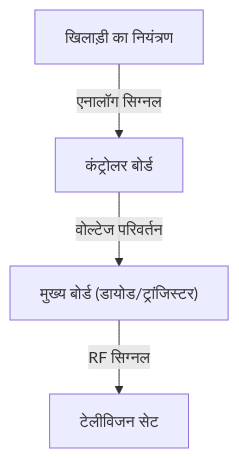
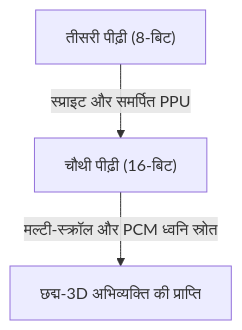
One commit to kenjinote/blog changed the first of 2 diagrams in content/post/history-of-video-game-consoles/index.hi.md. Above: the diagram before and after it, drawn with Mermaid. The commit also changed other lines of this file and 129 other files, not shown here.

````diff
--- a/content/post/history-of-video-game-consoles/index.hi.md
+++ b/content/post/history-of-video-game-consoles/index.hi.md
@@ -22,6 +33,5 @@
 ```mermaid
 graph TD
-    A["खिलाड़ी का नियंत्रण"] -- "एनालॉग सिग्नल" --> B["कंट्रोलर बोर्ड"]
-    B -- "वोल्टेज परिवर्तन" --> C["मुख्य बोर्ड (डायोड/ट्रांजिस्टर)"]
-    C -- "RF सिग्नल" --> D["टेलीविजन सेट"]
+  A["तीसरी पीढ़ी (8-बिट)"] -- "स्प्राइट और समर्पित PPU" --> B["चौथी पीढ़ी (16-बिट)"]
+  B["चौथी पीढ़ी (16-बिट)"] -- "मल्टी-स्क्रॉल और PCM ध्वनि स्रोत" --> C["छद्म-3D अभिव्यक्ति की प्राप्ति"]
 ```
````
